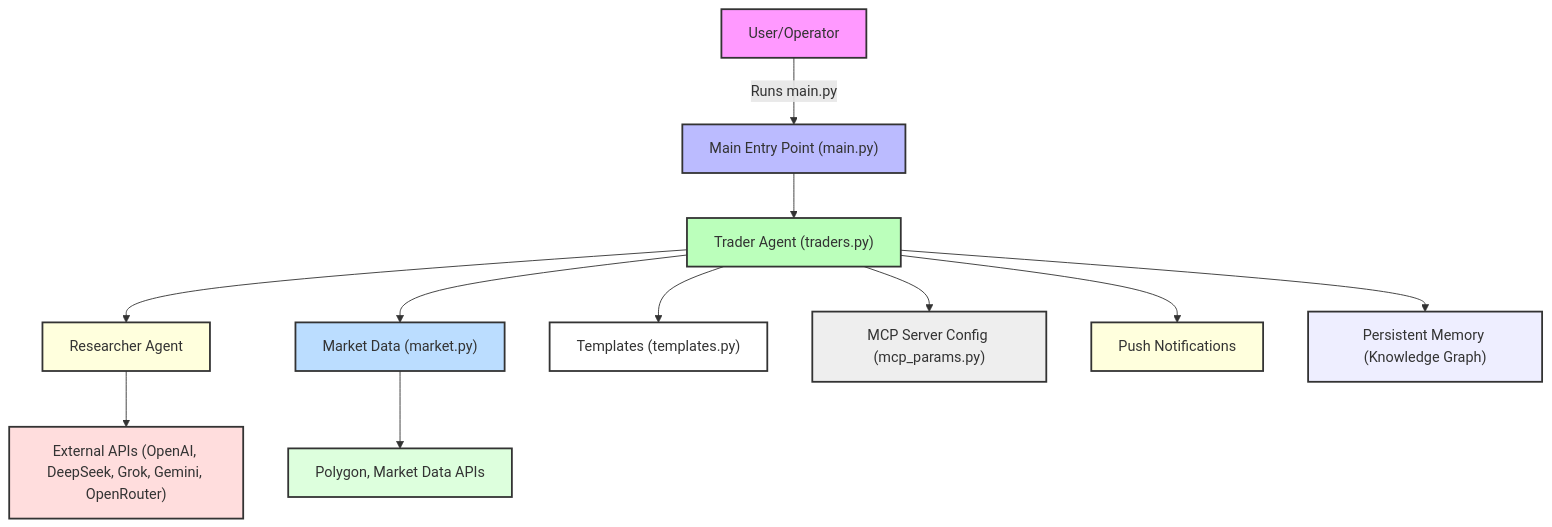
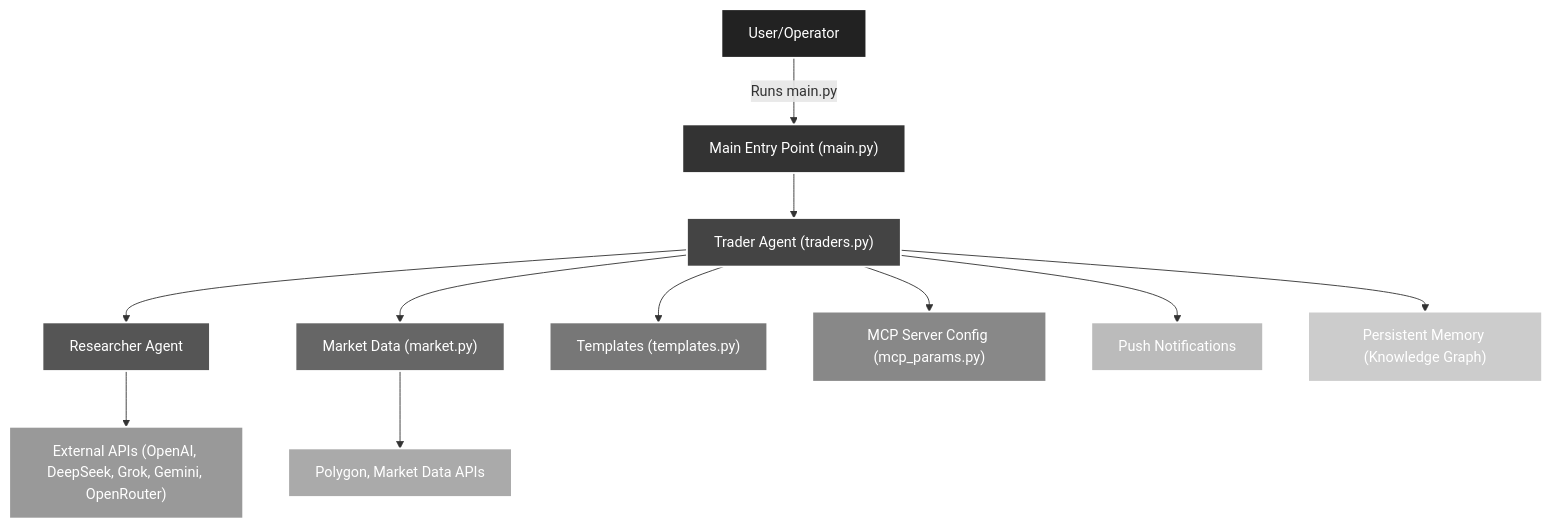
Before and after one commit to arneesh/mcp-autonomous-traders: the diagram in README.md, drawn with Mermaid. The commit also changed other lines of this file, not shown here.

Commit message:
docs: ✏️ updated readme flow diagram

````diff
--- a/README.md
+++ b/README.md
@@ -29,25 +29,25 @@
 ```mermaid
 flowchart TD
     A["User/Operator"] -->|"Runs main.py"| B["Main Entry Point (main.py)"]
     B --> C["Trader Agent (traders.py)"]
     C --> D["Researcher Agent"]
     C --> E["Market Data (market.py)"]
     C --> F["Templates (templates.py)"]
     C --> G["MCP Server Config (mcp_params.py)"]
     D --> H["External APIs (OpenAI, DeepSeek, Grok, Gemini, OpenRouter)"]
     E --> I["Polygon, Market Data APIs"]
     C --> J["Push Notifications"]
     C --> K["Persistent Memory (Knowledge Graph)"]
-    style A fill:#f9f,stroke:#333,stroke-width:2px
-    style B fill:#bbf,stroke:#333,stroke-width:2px
-    style C fill:#bfb,stroke:#333,stroke-width:2px
-    style D fill:#ffd,stroke:#333,stroke-width:2px
-    style E fill:#bdf,stroke:#333,stroke-width:2px
-    style F fill:#fff,stroke:#333,stroke-width:2px
-    style G fill:#eee,stroke:#333,stroke-width:2px
-    style H fill:#fdd,stroke:#333,stroke-width:2px
-    style I fill:#dfd,stroke:#333,stroke-width:2px
-    style J fill:#ffd,stroke:#333,stroke-width:2px
-    style K fill:#eef,stroke:#333,stroke-width:2px
-    classDef highlight fill:#ff0,stroke:#333,stroke-width:2px;
+    style A fill:#222,stroke:#fff,stroke-width:2px,color:#fff
+    style B fill:#333,stroke:#fff,stroke-width:2px,color:#fff
+    style C fill:#444,stroke:#fff,stroke-width:2px,color:#fff
+    style D fill:#555,stroke:#fff,stroke-width:2px,color:#fff
+    style E fill:#666,stroke:#fff,stroke-width:2px,color:#fff
+    style F fill:#777,stroke:#fff,stroke-width:2px,color:#fff
+    style G fill:#888,stroke:#fff,stroke-width:2px,color:#fff
+    style H fill:#999,stroke:#fff,stroke-width:2px,color:#fff
+    style I fill:#aaa,stroke:#fff,stroke-width:2px,color:#fff
+    style J fill:#bbb,stroke:#fff,stroke-width:2px,color:#fff
+    style K fill:#ccc,stroke:#fff,stroke-width:2px,color:#fff
+    classDef highlight fill:#000,stroke:#fff,stroke-width:2px,color:#fff;
 ```
````
